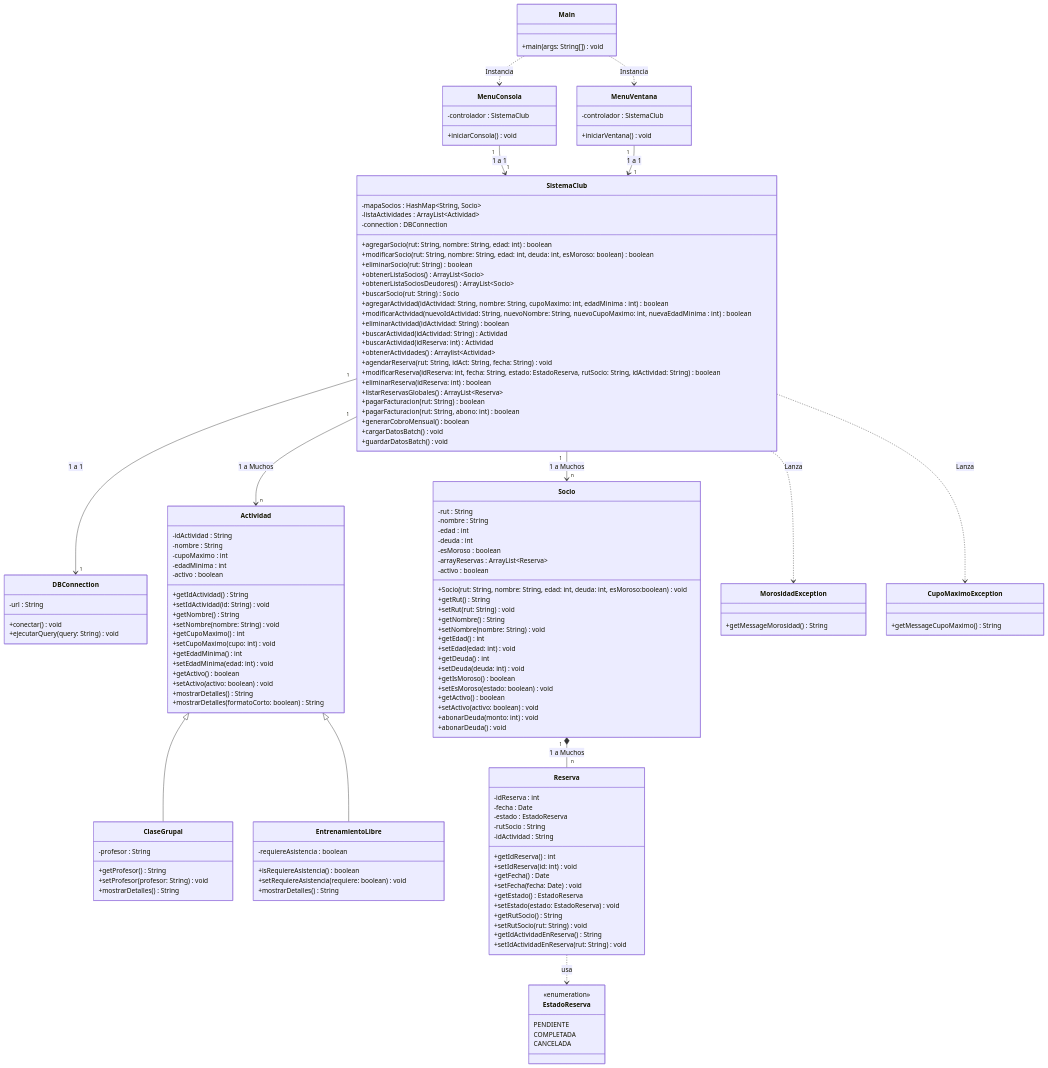
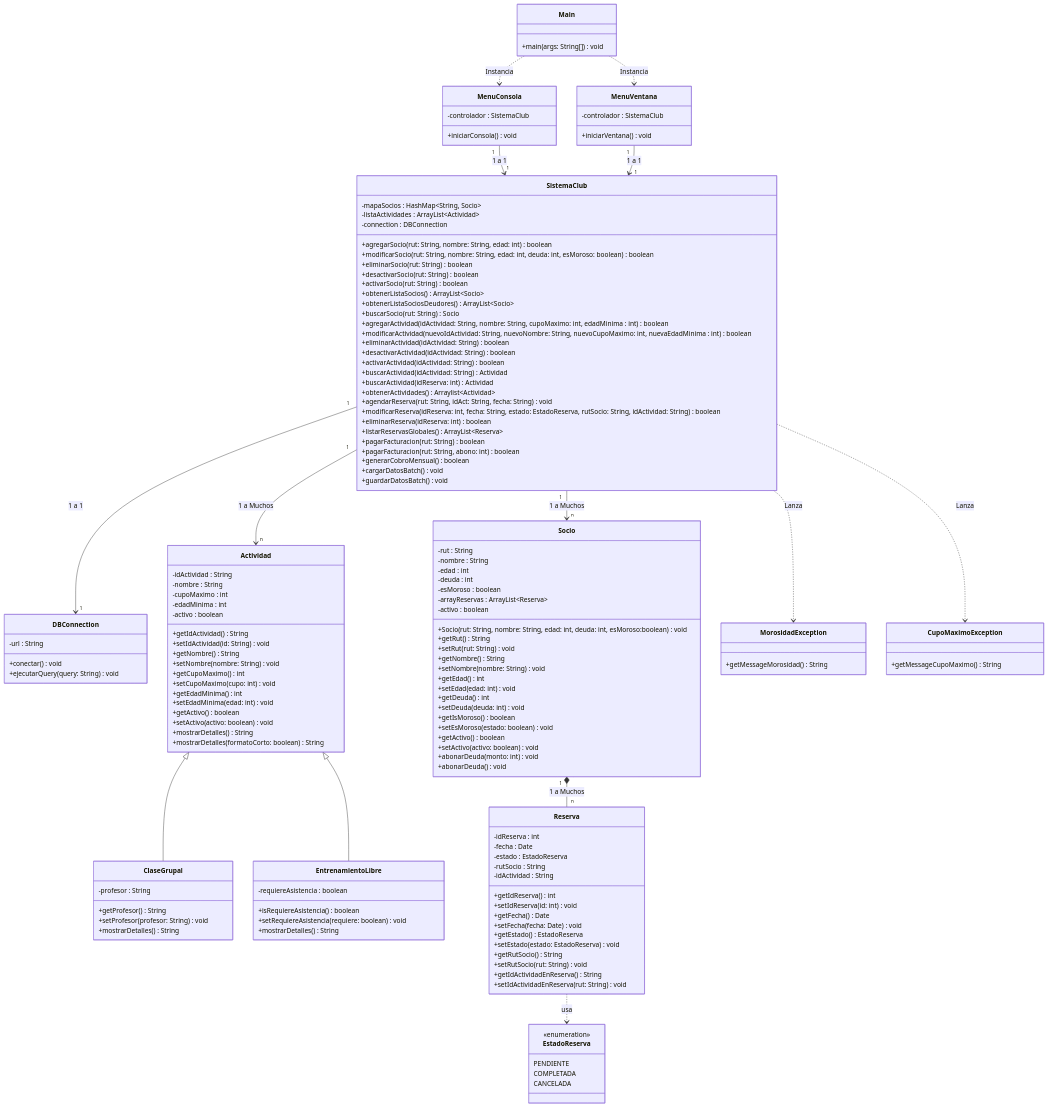
Before and after one commit to L3v1smpr/ProyectoProgramacionAvanzadaUno: the diagram in planificacion/Diagrama de Clases UML.md, drawn with Mermaid.

Commit message:
Actualiza UML: agrega activarSocio/desactivarSocio y activarActividad/desactivarActividad

```diff
--- a/planificacion/Diagrama de Clases UML.md
+++ b/planificacion/Diagrama de Clases UML.md
@@ -24,12 +24,16 @@
         +agregarSocio(rut: String, nombre: String, edad: int) boolean
 	   +modificarSocio(rut: String, nombre: String, edad: int, deuda: int, esMoroso: boolean) boolean
 	   +eliminarSocio(rut: String) boolean
+	   +desactivarSocio(rut: String) boolean
+	   +activarSocio(rut: String) boolean
 	   +obtenerListaSocios() ArrayList~Socio~
 	   +obtenerListaSociosDeudores() ArrayList~Socio~
 	   +buscarSocio(rut: String) Socio
         +agregarActividad(idActividad: String, nombre: String, cupoMaximo: int, edadMinima : int) boolean
         +modificarActividad(nuevoIdActividad: String, nuevoNombre: String, nuevoCupoMaximo: int, nuevaEdadMinima : int) boolean
         +eliminarActividad(idActividad: String) boolean
+        +desactivarActividad(idActividad: String) boolean
+        +activarActividad(idActividad: String) boolean
         +buscarActividad(idActividad: String) Actividad
         +buscarActividad(idReserva: int) Actividad
         +obtenerActividades() Arraylist~Actividad~
```
